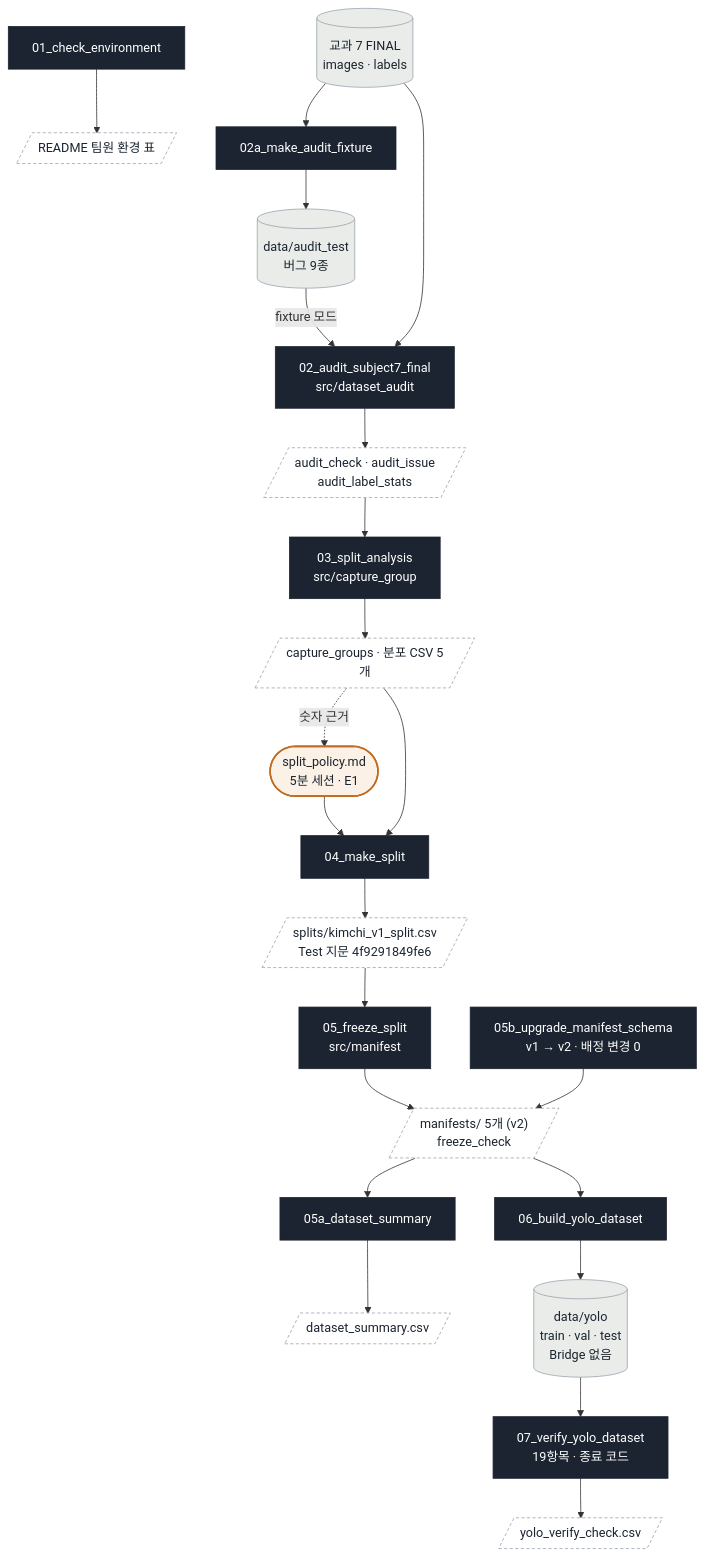
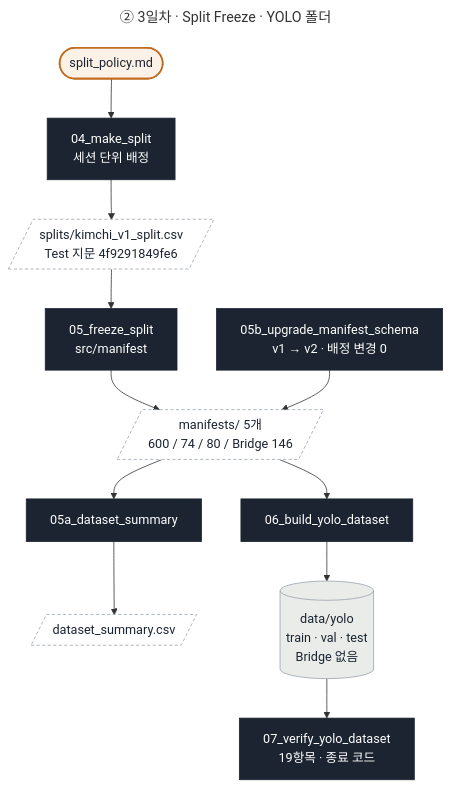
The third of 10 diagrams in prj08/docs/code_flow.md (howolcat/prj2026.10), drawn with Mermaid before and after one commit. The commit also changed other lines of this file and 8 other files, not shown here.

````diff
--- a/prj08/docs/code_flow.md
+++ b/prj08/docs/code_flow.md
@@ -48,35 +96,23 @@
 ```mermaid
+---
+title: ② 3일차 · Split Freeze · YOLO 폴더
+---
 flowchart TD
-    IN[("교과 7 FINAL<br/>images · labels")]
-    S01["01_check_environment"] --> ENV[/"README 팀원 환경 표"/]
-
-    IN --> S02A["02a_make_audit_fixture"] --> FIX[("data/audit_test<br/>버그 9종")]
-    FIX -->|"fixture 모드"| S02
-    IN --> S02["02_audit_subject7_final<br/>src/dataset_audit"]
-    S02 --> O02[/"audit_check · audit_issue<br/>audit_label_stats"/]
-
-    O02 --> S03["03_split_analysis<br/>src/capture_group"]
-    S03 --> O03[/"capture_groups · 분포 CSV 5개"/]
-    O03 -.->|"숫자 근거"| POL(["split_policy.md<br/>5분 세션 · E1"])
-
-    POL --> S04["04_make_split"]
-    O03 --> S04
+    POL(["split_policy.md"]) --> S04["04_make_split<br/>세션 단위 배정"]
     S04 --> O04[/"splits/kimchi_v1_split.csv<br/>Test 지문 4f9291849fe6"/]
-
     O04 --> S05["05_freeze_split<br/>src/manifest"]
-    S05 --> O05[/"manifests/ 5개 (v2)<br/>freeze_check"/]
+    S05 --> O05[/"manifests/ 5개<br/>600 / 74 / 80 / Bridge 146"/]
     S05B["05b_upgrade_manifest_schema<br/>v1 → v2 · 배정 변경 0"] --> O05
     O05 --> S05A["05a_dataset_summary"] --> O05A[/"dataset_summary.csv"/]
-
     O05 --> S06["06_build_yolo_dataset"] --> YOLO[("data/yolo<br/>train · val · test<br/>Bridge 없음")]
-    YOLO --> S07["07_verify_yolo_dataset<br/>19항목 · 종료 코드"] --> O07[/"yolo_verify_check.csv"/]
+    YOLO --> S07["07_verify_yolo_dataset<br/>19항목 · 종료 코드"]
 
     classDef data fill:#E9ECE8,stroke:#9AA3AE,color:#1B2430
     classDef script fill:#1B2430,stroke:#1B2430,color:#FFFFFF
     classDef out fill:#FFFFFF,stroke:#9AA3AE,stroke-dasharray:4 3,color:#1B2430
     classDef human fill:#FBF1E6,stroke:#C26A1E,stroke-width:2px,color:#1B2430
-    class IN,FIX,YOLO data
-    class S01,S02A,S02,S03,S04,S05,S05B,S05A,S06,S07 script
-    class ENV,O02,O03,O04,O05,O05A,O07 out
+    class YOLO data
+    class S04,S05,S05B,S05A,S06,S07 script
+    class O04,O05,O05A out
     class POL human
 ```
````
